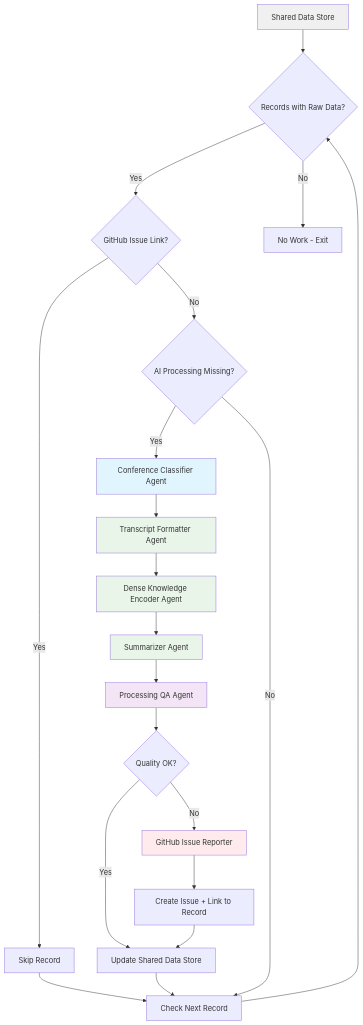
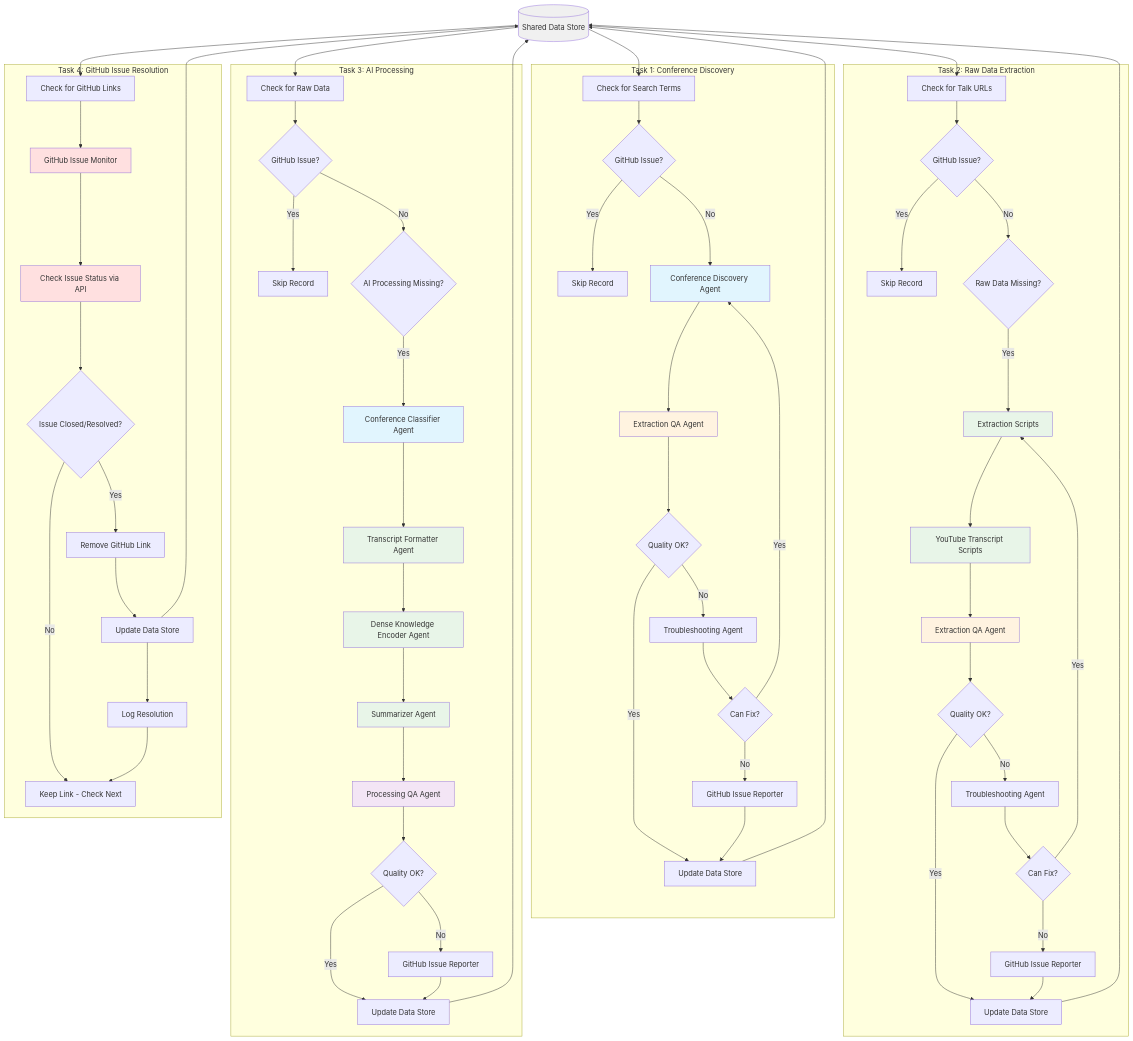
Before and after one commit to lago-morph/conference-summaries: the third of 6 diagrams in specs/conference-extractor/requirements.md, drawn with Mermaid. The commit also changed other lines of this file and 1 other file, not shown here.

````diff
--- a/specs/conference-extractor/requirements.md
+++ b/specs/conference-extractor/requirements.md
@@ -431,30 +373,84 @@
 ```mermaid
 graph TD
-    A[Shared Data Store] --> B{Records with Raw Data?}
-    B -->|Yes| C{GitHub Issue Link?}
-    B -->|No| Z[No Work - Exit]
-    C -->|Yes| D[Skip Record]
-    C -->|No| E{AI Processing Missing?}
-    E -->|Yes| F[Conference Classifier Agent]
-    E -->|No| G[Check Next Record]
-    F --> H[Transcript Formatter Agent]
-    H --> I[Dense Knowledge Encoder Agent]
-    I --> J[Summarizer Agent]
-    J --> K[Processing QA Agent]
-    K --> L{Quality OK?}
-    L -->|Yes| M[Update Shared Data Store]
-    L -->|No| N[GitHub Issue Reporter]
-    N --> O[Create Issue + Link to Record]
-    O --> M
-    D --> G
-    M --> G
-    G --> B
+    SDS[(Shared Data Store)]
     
-    style A fill:#f0f0f0
-    style F fill:#e1f5fe
-    style H fill:#e8f5e8
-    style I fill:#e8f5e8
-    style J fill:#e8f5e8
-    style K fill:#f3e5f5
-    style N fill:#ffebee
+    subgraph "Task 1: Conference Discovery"
+        T1_START[Check for Search Terms] --> T1_GITHUB{GitHub Issue?}
+        T1_GITHUB -->|Yes| T1_SKIP[Skip Record]
+        T1_GITHUB -->|No| T1_AGENT[Conference Discovery Agent]
+        T1_AGENT --> T1_QA[Extraction QA Agent]
+        T1_QA --> T1_QUALITY{Quality OK?}
+        T1_QUALITY -->|Yes| T1_UPDATE[Update Data Store]
+        T1_QUALITY -->|No| T1_TROUBLE[Troubleshooting Agent]
+        T1_TROUBLE --> T1_FIX{Can Fix?}
+        T1_FIX -->|Yes| T1_AGENT
+        T1_FIX -->|No| T1_GITHUB_ISSUE[GitHub Issue Reporter]
+        T1_GITHUB_ISSUE --> T1_UPDATE
+    end
+    
+    subgraph "Task 2: Raw Data Extraction"
+        T2_START[Check for Talk URLs] --> T2_GITHUB{GitHub Issue?}
+        T2_GITHUB -->|Yes| T2_SKIP[Skip Record]
+        T2_GITHUB -->|No| T2_MISSING{Raw Data Missing?}
+        T2_MISSING -->|Yes| T2_EXTRACT[Extraction Scripts]
+        T2_EXTRACT --> T2_YOUTUBE[YouTube Transcript Scripts]
+        T2_YOUTUBE --> T2_QA[Extraction QA Agent]
+        T2_QA --> T2_QUALITY{Quality OK?}
+        T2_QUALITY -->|Yes| T2_UPDATE[Update Data Store]
+        T2_QUALITY -->|No| T2_TROUBLE[Troubleshooting Agent]
+        T2_TROUBLE --> T2_FIX{Can Fix?}
+        T2_FIX -->|Yes| T2_EXTRACT
+        T2_FIX -->|No| T2_GITHUB_ISSUE[GitHub Issue Reporter]
+        T2_GITHUB_ISSUE --> T2_UPDATE
+    end
+    
+    subgraph "Task 3: AI Processing"
+        T3_START[Check for Raw Data] --> T3_GITHUB{GitHub Issue?}
+        T3_GITHUB -->|Yes| T3_SKIP[Skip Record]
+        T3_GITHUB -->|No| T3_MISSING{AI Processing Missing?}
+        T3_MISSING -->|Yes| T3_CLASSIFIER[Conference Classifier Agent]
+        T3_CLASSIFIER --> T3_FORMATTER[Transcript Formatter Agent]
+        T3_FORMATTER --> T3_ENCODER[Dense Knowledge Encoder Agent]
+        T3_ENCODER --> T3_SUMMARIZER[Summarizer Agent]
+        T3_SUMMARIZER --> T3_QA[Processing QA Agent]
+        T3_QA --> T3_QUALITY{Quality OK?}
+        T3_QUALITY -->|Yes| T3_UPDATE[Update Data Store]
+        T3_QUALITY -->|No| T3_GITHUB_ISSUE[GitHub Issue Reporter]
+        T3_GITHUB_ISSUE --> T3_UPDATE
+    end
+    
+    subgraph "Task 4: GitHub Issue Resolution"
+        T4_START[Check for GitHub Links] --> T4_MONITOR[GitHub Issue Monitor]
+        T4_MONITOR --> T4_STATUS[Check Issue Status via API]
+        T4_STATUS --> T4_RESOLVED{Issue Closed/Resolved?}
+        T4_RESOLVED -->|Yes| T4_REMOVE[Remove GitHub Link]
+        T4_RESOLVED -->|No| T4_KEEP[Keep Link - Check Next]
+        T4_REMOVE --> T4_UPDATE[Update Data Store]
+        T4_UPDATE --> T4_LOG[Log Resolution]
+        T4_LOG --> T4_KEEP
+    end
+    
+    SDS --> T1_START
+    SDS --> T2_START
+    SDS --> T3_START
+    SDS --> T4_START
+    
+    T1_UPDATE --> SDS
+    T2_UPDATE --> SDS
+    T3_UPDATE --> SDS
+    T4_UPDATE --> SDS
+    
+    style SDS fill:#f0f0f0
+    style T1_AGENT fill:#e1f5fe
+    style T1_QA fill:#fff3e0
+    style T2_EXTRACT fill:#e8f5e8
+    style T2_YOUTUBE fill:#e8f5e8
+    style T2_QA fill:#fff3e0
+    style T3_CLASSIFIER fill:#e1f5fe
+    style T3_FORMATTER fill:#e8f5e8
+    style T3_ENCODER fill:#e8f5e8
+    style T3_SUMMARIZER fill:#e8f5e8
+    style T3_QA fill:#f3e5f5
+    style T4_MONITOR fill:#ffe0e0
+    style T4_STATUS fill:#ffe0e0
 ```
````
